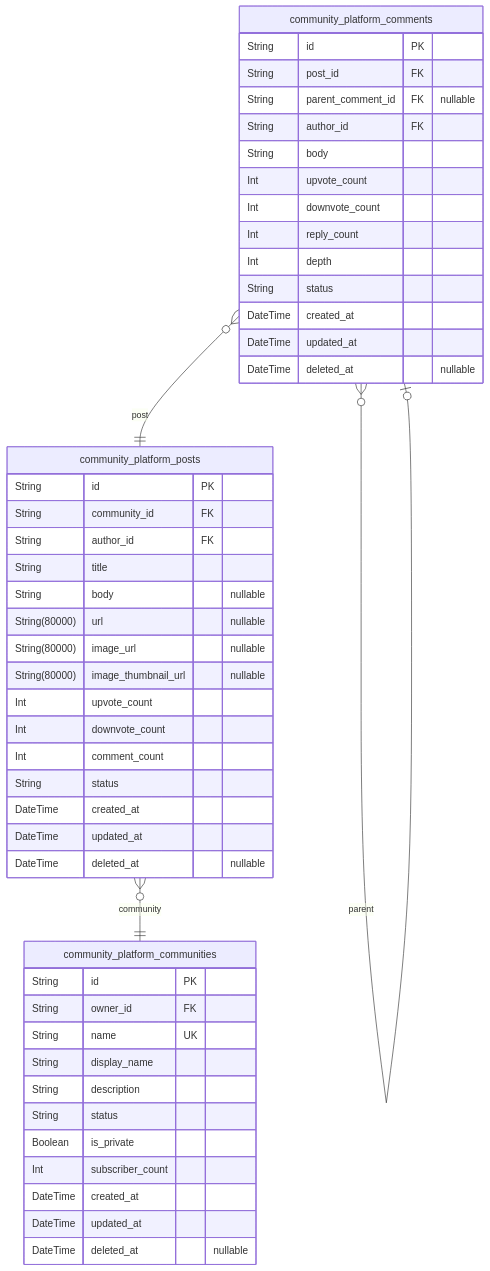
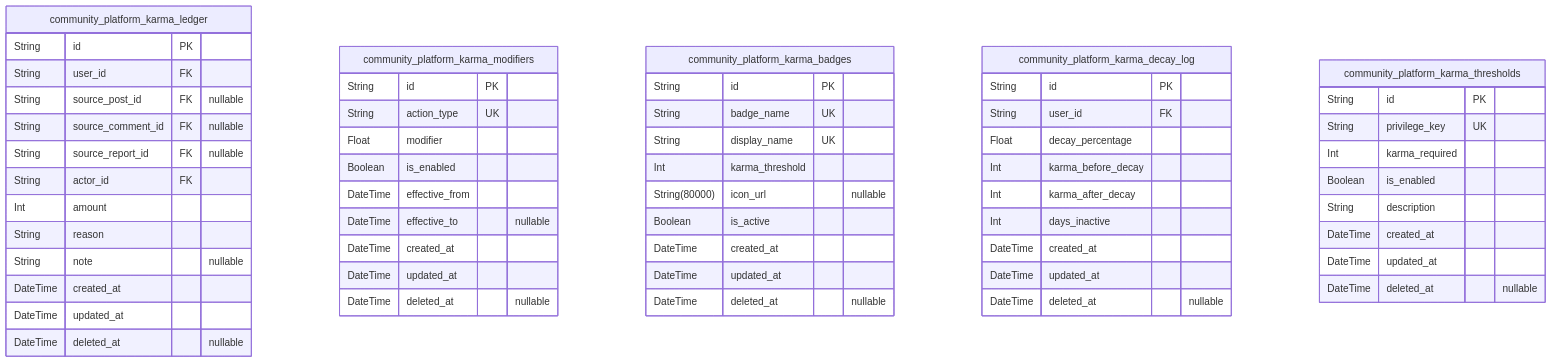
Before and after one commit to wrtnlabs/autobe-examples: the third of 10 diagrams in qwen/qwen3-next-80b-a3b-instruct/reddit/docs/ERD.md, drawn with Mermaid. The commit also changed other lines of this file and 960 other files, not shown here.

````diff
--- a/qwen/qwen3-next-80b-a3b-instruct/reddit/docs/ERD.md
+++ b/qwen/qwen3-next-80b-a3b-instruct/reddit/docs/ERD.md
@@ -322,51 +692,60 @@
 ```mermaid
 erDiagram
-"community_platform_communities" {
+"community_platform_karma_ledger" {
   String id PK
-  String owner_id FK
-  String name UK
-  String display_name
-  String description
-  String status
-  Boolean is_private
-  Int subscriber_count
+  String user_id FK
+  String source_post_id FK "nullable"
+  String source_comment_id FK "nullable"
+  String source_report_id FK "nullable"
+  String actor_id FK
+  Int amount
+  String reason
+  String note "nullable"
   DateTime created_at
   DateTime updated_at
   DateTime deleted_at "nullable"
 }
-"community_platform_posts" {
+"community_platform_karma_modifiers" {
   String id PK
-  String community_id FK
-  String author_id FK
-  String title
-  String body "nullable"
-  String(80000) url "nullable"
-  String(80000) image_url "nullable"
-  String(80000) image_thumbnail_url "nullable"
-  Int upvote_count
-  Int downvote_count
-  Int comment_count
-  String status
+  String action_type UK
+  Float modifier
+  Boolean is_enabled
+  DateTime effective_from
+  DateTime effective_to "nullable"
   DateTime created_at
   DateTime updated_at
   DateTime deleted_at "nullable"
 }
-"community_platform_comments" {
+"community_platform_karma_badges" {
   String id PK
-  String post_id FK
-  String parent_comment_id FK "nullable"
-  String author_id FK
-  String body
-  Int upvote_count
-  Int downvote_count
-  Int reply_count
-  Int depth
-  String status
+  String badge_name UK
+  String display_name UK
+  Int karma_threshold
+  String(80000) icon_url "nullable"
+  Boolean is_active
   DateTime created_at
   DateTime updated_at
   DateTime deleted_at "nullable"
 }
-"community_platform_posts" }o--|| "community_platform_communities" : community
-"community_platform_comments" }o--|| "community_platform_posts" : post
-"community_platform_comments" }o--o| "community_platform_comments" : parent
+"community_platform_karma_decay_log" {
+  String id PK
+  String user_id FK
+  Float decay_percentage
+  Int karma_before_decay
+  Int karma_after_decay
+  Int days_inactive
+  DateTime created_at
+  DateTime updated_at
+  DateTime deleted_at "nullable"
+}
+"community_platform_karma_thresholds" {
+  String id PK
+  String privilege_key UK
+  Int karma_required
+  Boolean is_enabled
+  String description
+  DateTime created_at
+  DateTime updated_at
+  DateTime deleted_at "nullable"
+}
 ```
````
